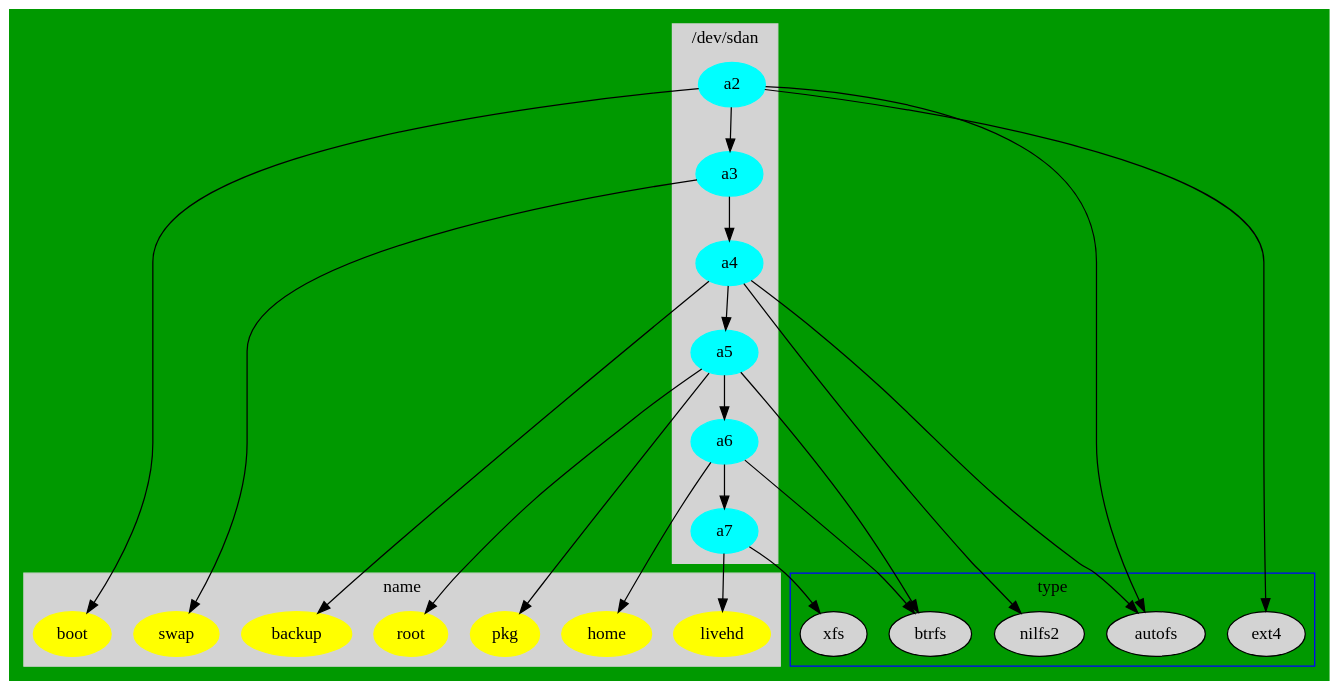
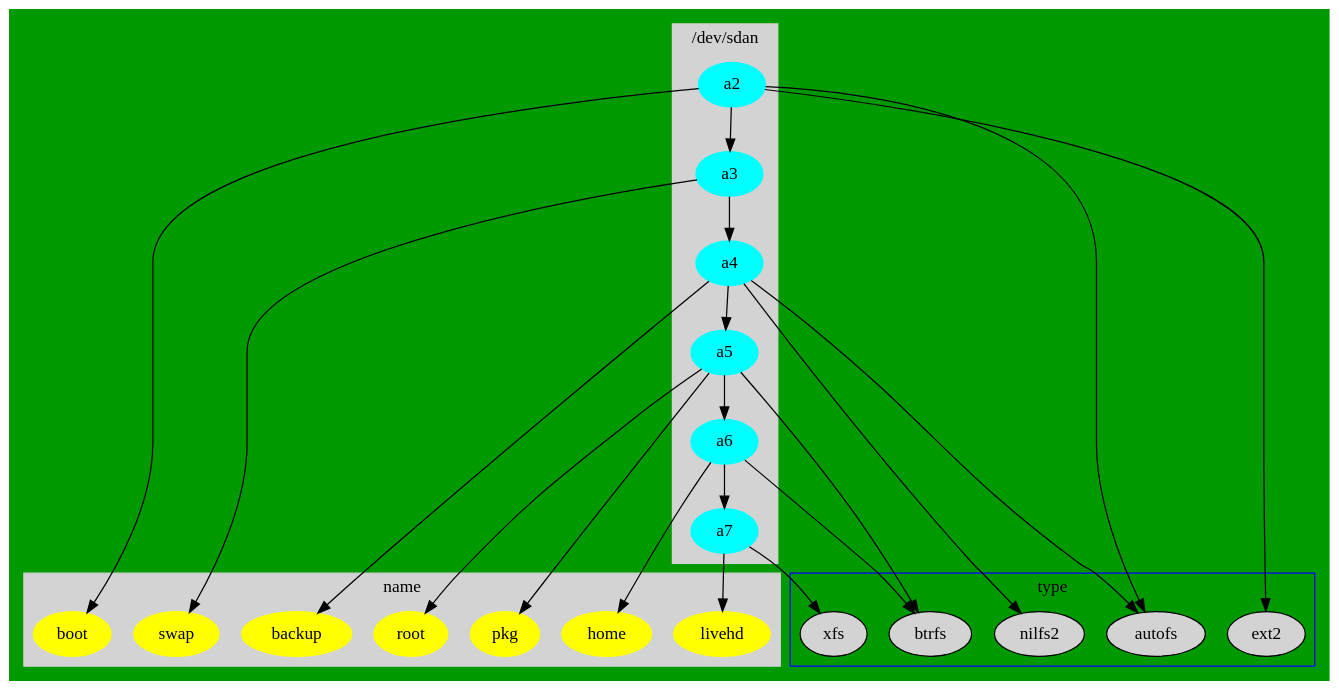
Before and after one commit to cdede/dotfiles: the diagram in dot/.config/dupl/parted.dot, drawn with Graphviz.

Commit message:
boot change to ext2

```diff
--- a/dot/.config/dupl/parted.dot
+++ b/dot/.config/dupl/parted.dot
@@ -1,51 +1,51 @@
 // dot -Tpng  parted.dot -o line1.png
 digraph G {
   bgcolor ="#009900";
 
 	subgraph cluster_0 {
 		style=filled;
 		color=lightgrey;
 		node [style=filled,color=cyan];
 		a2 -> a3 ->a4-> a5->a6->a7;
 		label = "/dev/sdan";
 	}
 
 	subgraph cluster_1 {
 		node [style=filled];
 		btrfs;
-                ext4;
+                ext2;
                 xfs;
                 autofs;
                 nilfs2;
 		label = "type";
 		color=blue
 	}
 	subgraph cluster_2 {
 		style=filled;
 		color=lightgrey;
 		node [style=filled,color=yellow];
 		boot;
 		backup;
                 livehd;
 		root ;
                 pkg;  //  /var/cache/pacman/pkg
 		swap;
 		home;
 		label = "name";
 	}
 
 	a2 -> boot;
-	a2 -> ext4;
+	a2 -> ext2;
 	a2 -> autofs;
         a3 -> swap ;
         a4 -> backup;
         a4 -> nilfs2;
         a4 -> autofs;
         a5 -> root ;
         a5 -> pkg ;
 	a5 -> btrfs;
 	a6 -> btrfs;
         a6 -> home;
         a7 ->livehd;
         a7 ->xfs;
 }
```
